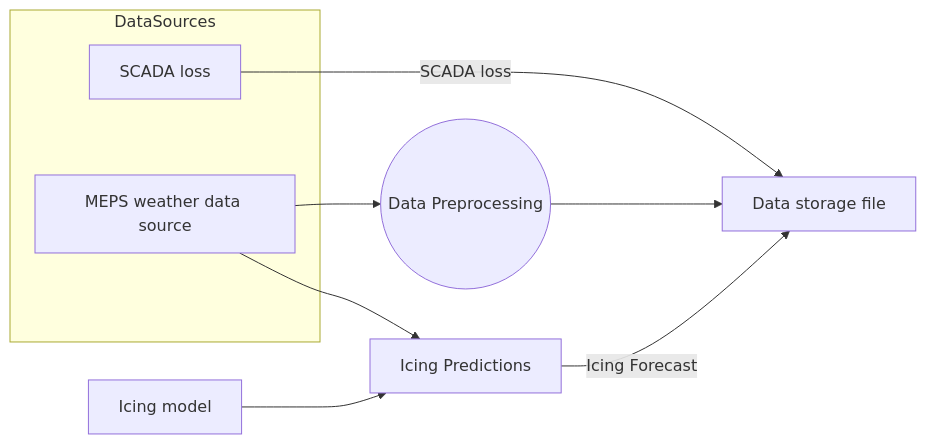
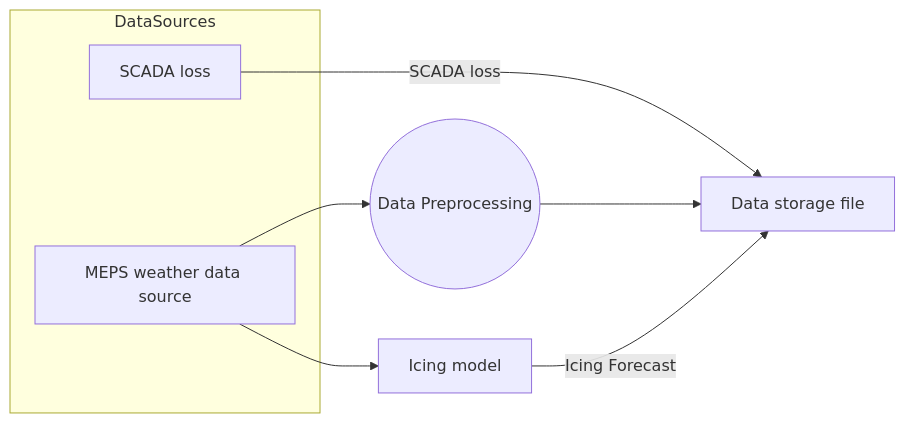
One commit to markusrupp/icing_flowshart changed the diagram in README.md. Above: the diagram before and after it, drawn with Mermaid.

````diff
--- a/README.md
+++ b/README.md
@@ -17,14 +17,13 @@
 ```mermaid
 flowchart LR
     subgraph DataSources
         SCADA[SCADA loss]
         MEPS[MEPS weather data source]
     end
 
     SCADA -->|SCADA loss| DSF[Data storage file]
     MEPS --> DP((Data Preprocessing))
     DP --> DSF
-    MEPS --> IP[Icing Predictions]
-    IM[Icing model] --> IP
-    IP -->|Icing Forecast| DSF
+    MEPS --> IM[Icing model]
+    IM -->|Icing Forecast| DSF
 ```
````
